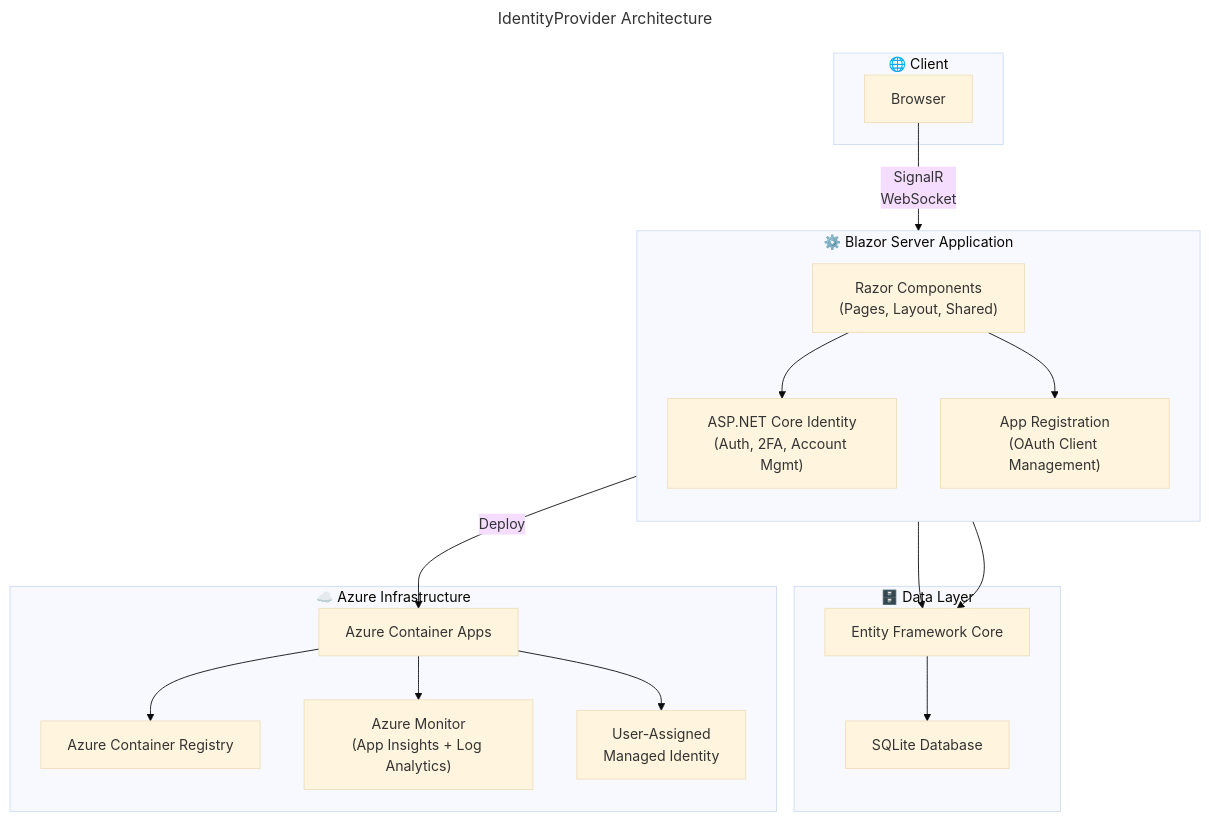
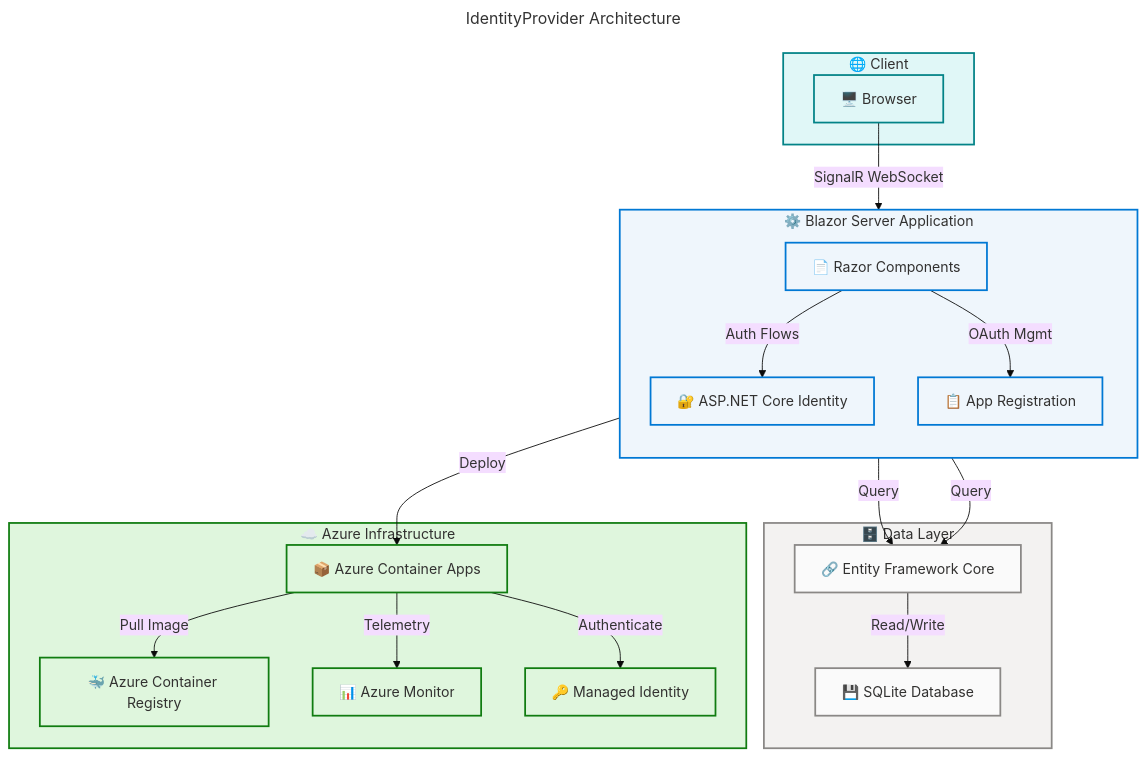
The diagram in README.md (Evilazaro/IdentityProvider), drawn with Mermaid before and after one commit. The commit also changed other lines of this file, not shown here.

Commit message:
Refactor README.md for improved structure and clarity, including updated sections for Requirements, Usage, and Architecture.

````diff
--- a/README.md
+++ b/README.md
@@ -23,45 +220,70 @@
 ```mermaid
 ---
 title: IdentityProvider Architecture
 config:
   theme: base
   look: classic
+  layout: dagre
+  flowchart:
+    htmlLabels: true
 ---
-graph TB
+flowchart TB
     accTitle: IdentityProvider Application Architecture
-    accDescr: Shows the layered architecture from client browser through Blazor Server to data and Azure infrastructure
+    accDescr: Layered architecture showing client browser connecting via SignalR to Blazor Server with Identity and App Registration components backed by EF Core and SQLite and deployed to Azure Container Apps with monitoring
 
-    subgraph Client["🌐 Client"]
-        Browser["Browser"]
+    %% ═══════════════════════════════════════════════════════════════════════════
+    %% AZURE / FLUENT ARCHITECTURE PATTERN v1.1
+    %% (Semantic + Structural + Font + Accessibility Governance)
+    %% ═══════════════════════════════════════════════════════════════════════════
+    %% PHASE 1 - FLUENT UI: All styling uses approved Fluent UI palette only
+    %% PHASE 2 - GROUPS: Every subgraph has semantic color via style directive
+    %% PHASE 3 - COMPONENTS: Every node has semantic classDef + icon prefix
+    %% PHASE 4 - ACCESSIBILITY: accTitle/accDescr present, WCAG AA contrast
+    %% PHASE 5 - STANDARD: Governance block present, classDefs centralized
+    %% ═══════════════════════════════════════════════════════════════════════════
+
+    subgraph client["🌐 Client"]
+        Browser["🖥️ Browser"]:::external
     end
 
-    subgraph BlazorServer["⚙️ Blazor Server Application"]
+    subgraph blazor["⚙️ Blazor Server Application"]
         direction TB
-        Components["Razor Components<br/>(Pages, Layout, Shared)"]
-        Identity["ASP.NET Core Identity<br/>(Auth, 2FA, Account Mgmt)"]
-        AppReg["App Registration<br/>(OAuth Client Management)"]
+        Components["📄 Razor Components"]:::core
+        Identity["🔐 ASP.NET Core Identity"]:::core
+        AppReg["📋 App Registration"]:::core
     end
 
-    subgraph DataLayer["🗄️ Data Layer"]
-        EFCore["Entity Framework Core"]
-        SQLite["SQLite Database"]
+    subgraph data["🗄️ Data Layer"]
+        EFCore["🔗 Entity Framework Core"]:::neutral
+        SQLite["💾 SQLite Database"]:::neutral
     end
 
-    subgraph Azure["☁️ Azure Infrastructure"]
-        ContainerApp["Azure Container Apps"]
-        ACR["Azure Container Registry"]
-        Monitor["Azure Monitor<br/>(App Insights + Log Analytics)"]
-        ManagedId["User-Assigned<br/>Managed Identity"]
+    subgraph azure["☁️ Azure Infrastructure"]
+        ContainerApp["📦 Azure Container Apps"]:::success
+        ACR["🐳 Azure Container Registry"]:::success
+        Monitor["📊 Azure Monitor"]:::success
+        ManagedId["🔑 Managed Identity"]:::success
     end
 
-    Browser -->|"SignalR<br/>WebSocket"| Components
-    Components --> Identity
-    Components --> AppReg
-    Identity --> EFCore
-    AppReg --> EFCore
-    EFCore --> SQLite
-    BlazorServer -->|"Deploy"| ContainerApp
-    ContainerApp --> ACR
-    ContainerApp --> Monitor
-    ContainerApp --> ManagedId
+    Browser -->|"SignalR WebSocket"| Components
+    Components -->|"Auth Flows"| Identity
+    Components -->|"OAuth Mgmt"| AppReg
+    Identity -->|"Query"| EFCore
+    AppReg -->|"Query"| EFCore
+    EFCore -->|"Read/Write"| SQLite
+    blazor -->|"Deploy"| ContainerApp
+    ContainerApp -->|"Pull Image"| ACR
+    ContainerApp -->|"Telemetry"| Monitor
+    ContainerApp -->|"Authenticate"| ManagedId
+
+    style client fill:#E0F7F7,stroke:#038387,stroke-width:2px,color:#323130
+    style blazor fill:#EFF6FC,stroke:#0078D4,stroke-width:2px,color:#323130
+    style data fill:#F3F2F1,stroke:#8A8886,stroke-width:2px,color:#323130
+    style azure fill:#DFF6DD,stroke:#107C10,stroke-width:2px,color:#323130
+
+    %% Centralized semantic classDefs (Phase 5 compliant)
+    classDef core fill:#EFF6FC,stroke:#0078D4,stroke-width:2px,color:#323130
+    classDef success fill:#DFF6DD,stroke:#107C10,stroke-width:2px,color:#323130
+    classDef neutral fill:#FAFAFA,stroke:#8A8886,stroke-width:2px,color:#323130
+    classDef external fill:#E0F7F7,stroke:#038387,stroke-width:2px,color:#323130
 ```
````
